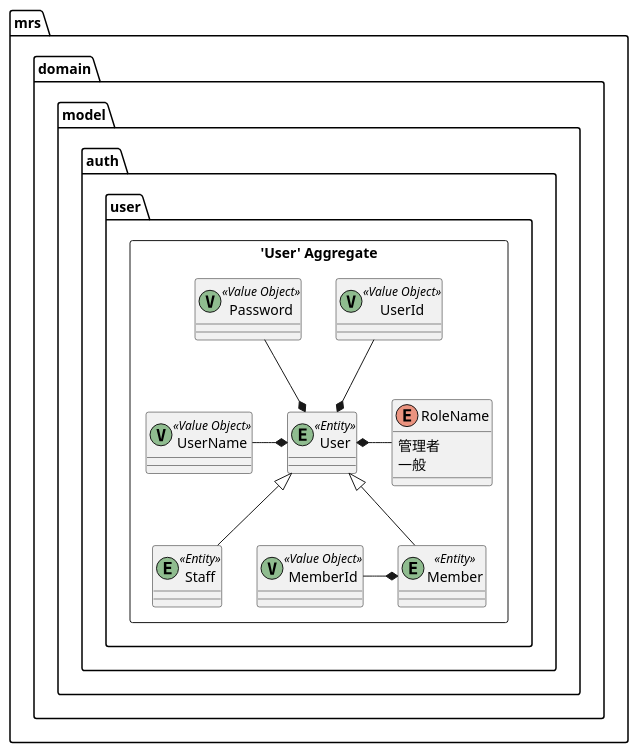
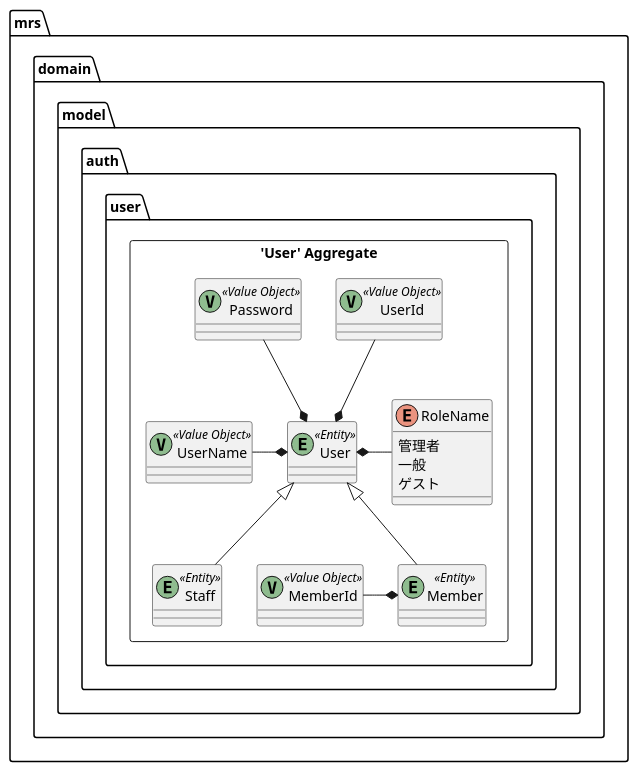
Diagram 26 of 31 in docs/index.adoc (k2works/case-study-mrs), drawn with PlantUML before and after one commit. The commit also changed other lines of this file, not shown here.

```diff
--- a/docs/index.adoc
+++ b/docs/index.adoc
@@ -793,35 +812,36 @@
 [plantuml]
 ----
 skinparam componentStyle uml2
 
 package mrs.domain.model.auth.user {
 	package "'User' Aggregate" <<Rectangle>> {
 		class User <<(E,DarkSeaGreen) Entity>> {
 		}
 		class UserId <<(V,DarkSeaGreen) Value Object>> {
 		}
 		class UserName <<(V,DarkSeaGreen) Value Object>> {
 		}
 		class Password <<(V,DarkSeaGreen) Value Object>> {
 		}
 		enum RoleName {
 			管理者
 			一般
+            ゲスト
 		}
 		class Staff <<(E,DarkSeaGreen) Entity>> {
 		}
 		class Member <<(E,DarkSeaGreen) Entity>> {
 		}
 		class MemberId <<(V,DarkSeaGreen) Value Object>> {
 		}
 
         User <|-- Staff
         User <|-- Member
         UserId --* User
         Password --* User
         UserName -* User
         User *- RoleName
         MemberId -* Member
 	}
 }
 ----
```
